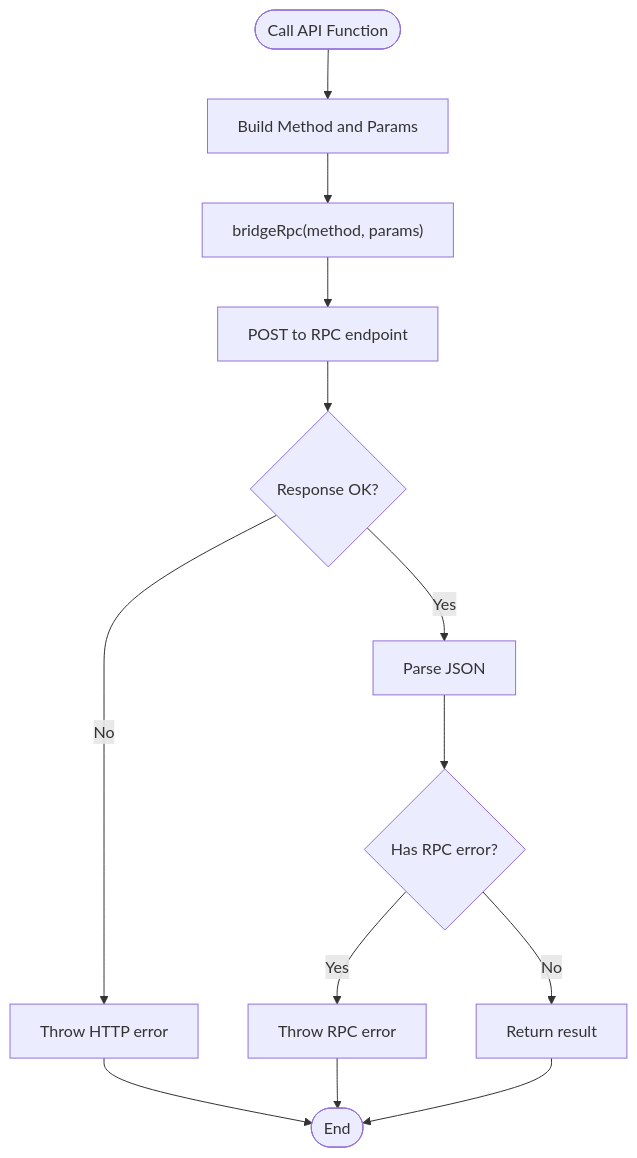
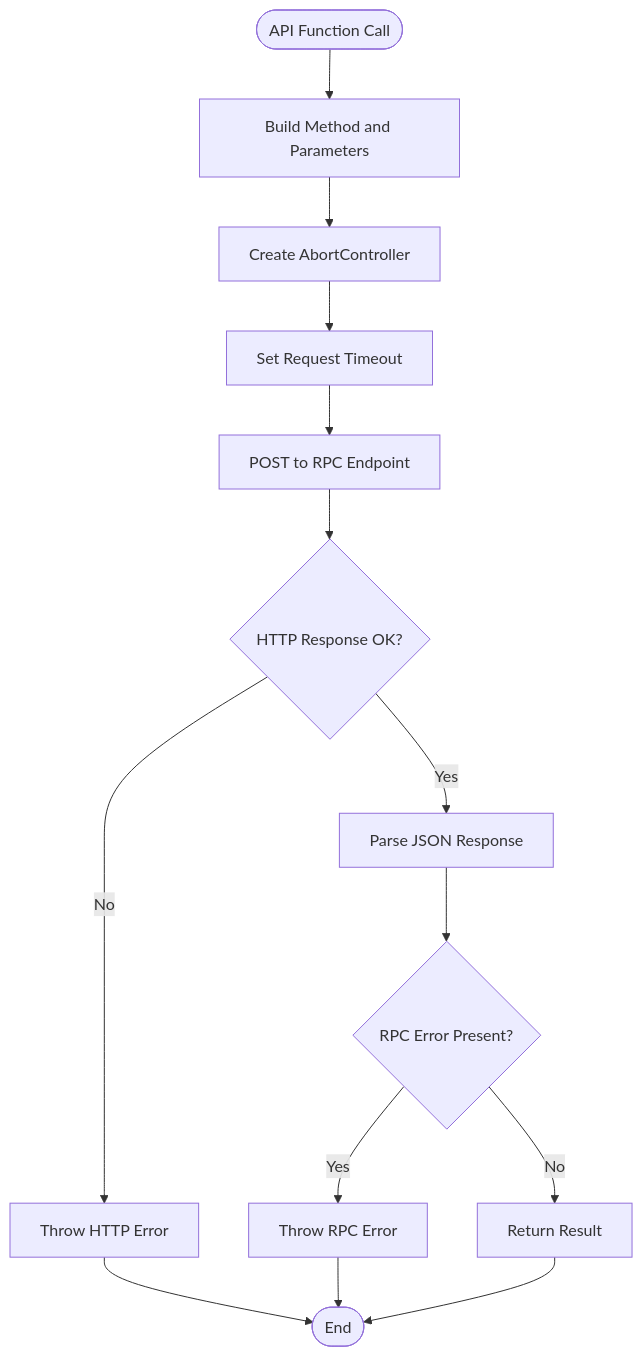
Before and after one commit to KaranMakani/deposit-fixer: the fifth of 8 diagrams in .qoder/repowiki/en/content/Technical Architecture/Technical Architecture.md, drawn with Mermaid. The commit also changed other lines of this file and 10 other files, not shown here.

````diff
--- a/.qoder/repowiki/en/content/Technical Architecture/Technical Architecture.md
+++ b/.qoder/repowiki/en/content/Technical Architecture/Technical Architecture.md
@@ -210,15 +253,16 @@
 ```mermaid
 flowchart TD
-Start(["Call API Function"]) --> BuildParams["Build Method and Params"]
-BuildParams --> CallRPC["bridgeRpc(method, params)"]
-CallRPC --> PostReq["POST to RPC endpoint"]
-PostReq --> RespOK{"Response OK?"}
-RespOK --> |No| ThrowHTTP["Throw HTTP error"]
-RespOK --> |Yes| ParseJSON["Parse JSON"]
-ParseJSON --> HasError{"Has RPC error?"}
-HasError --> |Yes| ThrowRPC["Throw RPC error"]
-HasError --> |No| ReturnResult["Return result"]
+Start(["API Function Call"]) --> BuildParams["Build Method and Parameters"]
+BuildParams --> CreateController["Create AbortController"]
+CreateController --> SetTimeout["Set Request Timeout"]
+SetTimeout --> SendRequest["POST to RPC Endpoint"]
+SendRequest --> ResponseOK{"HTTP Response OK?"}
+ResponseOK --> |No| ThrowHTTP["Throw HTTP Error"]
+ResponseOK --> |Yes| ParseJSON["Parse JSON Response"]
+ParseJSON --> HasError{"RPC Error Present?"}
+HasError --> |Yes| ThrowRPC["Throw RPC Error"]
+HasError --> |No| ReturnResult["Return Result"]
 ThrowHTTP --> End(["End"])
 ThrowRPC --> End
 ReturnResult --> End
 ```
````
